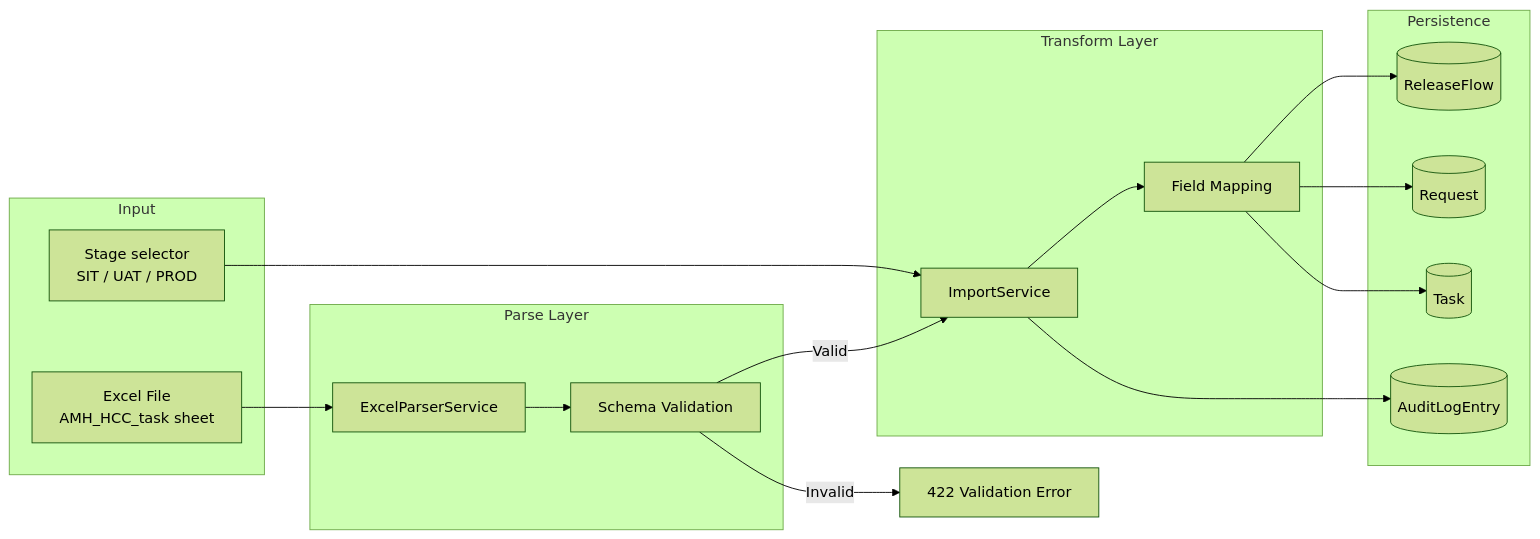
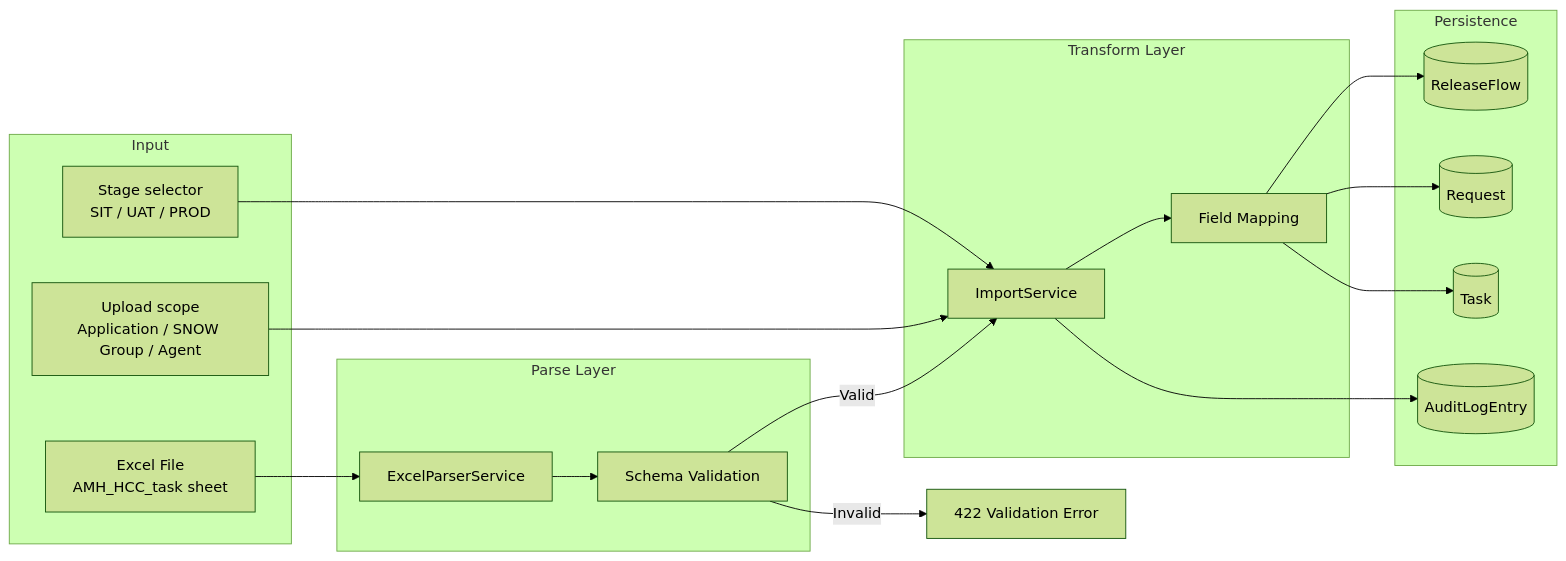
Before and after one commit to wwa-lab/deployment-agent: the first of 9 diagrams in docs/04-architecture/data-flow.md, drawn with Mermaid (forest theme). The commit also changed other lines of this file and 6 other files, not shown here.

````diff
--- a/docs/04-architecture/data-flow.md
+++ b/docs/04-architecture/data-flow.md
@@ -16,35 +16,37 @@
 ```mermaid
 flowchart LR
     subgraph Input
         Excel[Excel File<br/>AMH_HCC_task sheet]
         Stage[Stage selector<br/>SIT / UAT / PROD]
+        Scope[Upload scope<br/>Application / SNOW Group / Agent]
     end
 
     subgraph Parse["Parse Layer"]
         Parser[ExcelParserService]
         Validate[Schema Validation]
     end
 
     subgraph Transform["Transform Layer"]
         Import[ImportService]
         Map[Field Mapping]
     end
 
     subgraph Persist["Persistence"]
         RF[(ReleaseFlow)]
         Req[(Request)]
         Task[(Task)]
         Audit[(AuditLogEntry)]
     end
 
     Excel --> Parser
     Stage --> Import
+    Scope --> Import
     Parser --> Validate
     Validate -->|Valid| Import
     Validate -->|Invalid| Error[422 Validation Error]
     Import --> Map
     Map --> RF
     Map --> Req
     Map --> Task
     Import --> Audit
 ```
````
